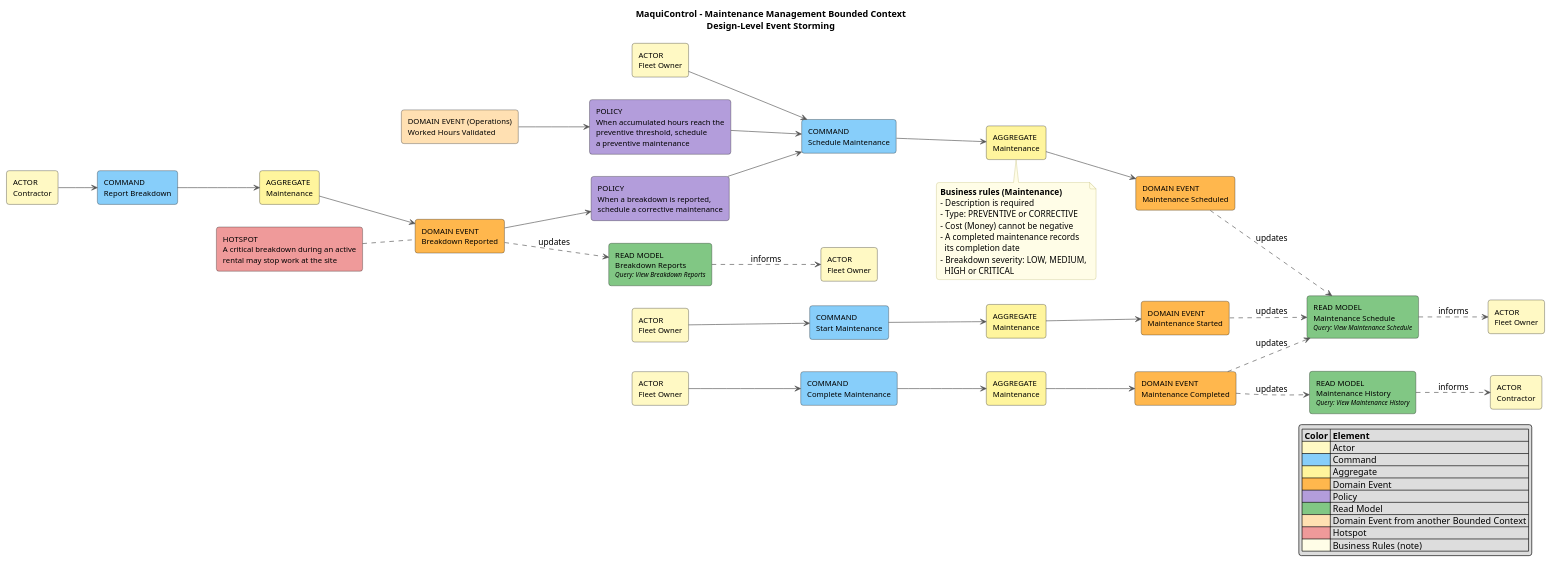
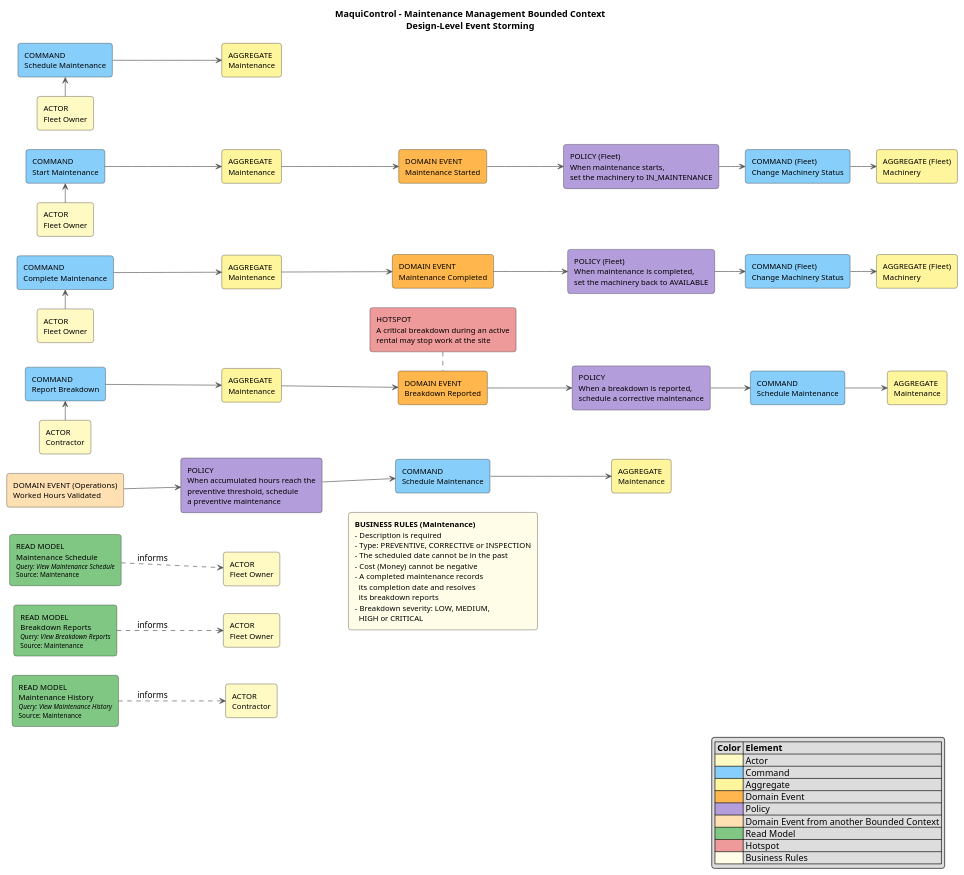
The diagram in docs/architecture/event-storming/maintenance-management-design-level.puml (upc-pre-202620-1asi0729-7750-heavytech/maquicontrol-report), drawn with PlantUML before and after one commit. The commit also changed 17 other files, not shown here.

Commit message:
docs(event-storming): redraw diagrams as horizontal timelines with policy chains

```diff
--- a/docs/architecture/event-storming/maintenance-management-design-level.puml
+++ b/docs/architecture/event-storming/maintenance-management-design-level.puml
@@ -1,94 +1,101 @@
 @startuml
 title MaquiControl - Maintenance Management Bounded Context\nDesign-Level Event Storming
 
 left to right direction
 skinparam shadowing false
 skinparam roundcorner 8
 skinparam defaultFontName Arial
 skinparam rectangleFontSize 12
-skinparam noteBackgroundColor #FFFDE7
+skinparam ArrowColor #555555
 skinparam noteBorderColor #BDB76B
-skinparam ArrowColor #555555
+skinparam nodesep 30
+skinparam ranksep 40
 
-' ===== Actor -> Command -> Aggregate -> Domain Event =====
-rectangle "COMMAND\nSchedule Maintenance" as CMD_SCHEDULE_MAINTENANCE #87CEFA
-rectangle "AGGREGATE\nMaintenance" as AGG_MAINTENANCE_0 #FFF59D
-rectangle "DOMAIN EVENT\nMaintenance Scheduled" as EVT_MAINTENANCE_SCHEDULED #FFB74D
-rectangle "ACTOR\nFleet Owner" as ACT_FLEET_OWNER_0 #FFF9C4
-rectangle "COMMAND\nStart Maintenance" as CMD_START_MAINTENANCE #87CEFA
-rectangle "AGGREGATE\nMaintenance" as AGG_MAINTENANCE_1 #FFF59D
-rectangle "DOMAIN EVENT\nMaintenance Started" as EVT_MAINTENANCE_STARTED #FFB74D
-rectangle "ACTOR\nFleet Owner" as ACT_FLEET_OWNER_1 #FFF9C4
-rectangle "COMMAND\nComplete Maintenance" as CMD_COMPLETE_MAINTENANCE #87CEFA
-rectangle "AGGREGATE\nMaintenance" as AGG_MAINTENANCE_2 #FFF59D
-rectangle "DOMAIN EVENT\nMaintenance Completed" as EVT_MAINTENANCE_COMPLETED #FFB74D
-rectangle "ACTOR\nFleet Owner" as ACT_FLEET_OWNER_2 #FFF9C4
-rectangle "COMMAND\nReport Breakdown" as CMD_REPORT_BREAKDOWN #87CEFA
-rectangle "AGGREGATE\nMaintenance" as AGG_MAINTENANCE_3 #FFF59D
-rectangle "DOMAIN EVENT\nBreakdown Reported" as EVT_BREAKDOWN_REPORTED #FFB74D
-rectangle "ACTOR\nContractor" as ACT_CONTRACTOR_3 #FFF9C4
+rectangle "COMMAND\nSchedule Maintenance" as CMD_1 #87CEFA
+rectangle "ACTOR\nFleet Owner" as ACT_2 #FFF9C4
+ACT_2 -left-> CMD_1
+rectangle "AGGREGATE\nMaintenance" as AGG_3 #FFF59D
+CMD_1 --> AGG_3
+rectangle "COMMAND\nStart Maintenance" as CMD_4 #87CEFA
+rectangle "ACTOR\nFleet Owner" as ACT_5 #FFF9C4
+ACT_5 -left-> CMD_4
+rectangle "AGGREGATE\nMaintenance" as AGG_6 #FFF59D
+CMD_4 --> AGG_6
+rectangle "DOMAIN EVENT\nMaintenance Started" as EVT_7 #FFB74D
+AGG_6 --> EVT_7
+rectangle "POLICY (Fleet)\nWhen maintenance starts,\nset the machinery to IN_MAINTENANCE" as POL_8 #B39DDB
+EVT_7 --> POL_8
+rectangle "COMMAND (Fleet)\nChange Machinery Status" as CMD_9 #87CEFA
+POL_8 --> CMD_9
+rectangle "AGGREGATE (Fleet)\nMachinery" as AGG_10 #FFF59D
+CMD_9 --> AGG_10
+rectangle "COMMAND\nComplete Maintenance" as CMD_11 #87CEFA
+rectangle "ACTOR\nFleet Owner" as ACT_12 #FFF9C4
+ACT_12 -left-> CMD_11
+rectangle "AGGREGATE\nMaintenance" as AGG_13 #FFF59D
+CMD_11 --> AGG_13
+rectangle "DOMAIN EVENT\nMaintenance Completed" as EVT_14 #FFB74D
+AGG_13 --> EVT_14
+rectangle "POLICY (Fleet)\nWhen maintenance is completed,\nset the machinery back to AVAILABLE" as POL_15 #B39DDB
+EVT_14 --> POL_15
+rectangle "COMMAND (Fleet)\nChange Machinery Status" as CMD_16 #87CEFA
+POL_15 --> CMD_16
+rectangle "AGGREGATE (Fleet)\nMachinery" as AGG_17 #FFF59D
+CMD_16 --> AGG_17
+rectangle "COMMAND\nReport Breakdown" as CMD_18 #87CEFA
+rectangle "ACTOR\nContractor" as ACT_19 #FFF9C4
+ACT_19 -left-> CMD_18
+rectangle "AGGREGATE\nMaintenance" as AGG_20 #FFF59D
+CMD_18 --> AGG_20
+rectangle "DOMAIN EVENT\nBreakdown Reported" as EVT_21 #FFB74D
+AGG_20 --> EVT_21
+rectangle "POLICY\nWhen a breakdown is reported,\nschedule a corrective maintenance" as POL_22 #B39DDB
+EVT_21 --> POL_22
+rectangle "COMMAND\nSchedule Maintenance" as CMD_23 #87CEFA
+POL_22 --> CMD_23
+rectangle "AGGREGATE\nMaintenance" as AGG_24 #FFF59D
+CMD_23 --> AGG_24
+rectangle "HOTSPOT\nA critical breakdown during an active\nrental may stop work at the site" as HOT_25 #EF9A9A
+HOT_25 .right. EVT_21
+rectangle "DOMAIN EVENT (Operations)\nWorked Hours Validated" as XEVT_26 #FFE0B2
+rectangle "POLICY\nWhen accumulated hours reach the\npreventive threshold, schedule\na preventive maintenance" as POL_27 #B39DDB
+XEVT_26 --> POL_27
+rectangle "COMMAND\nSchedule Maintenance" as CMD_28 #87CEFA
+POL_27 --> CMD_28
+rectangle "AGGREGATE\nMaintenance" as AGG_29 #FFF59D
+CMD_28 --> AGG_29
+rectangle "<b>BUSINESS RULES (Maintenance)</b>\n- Description is required\n- Type: PREVENTIVE, CORRECTIVE or INSPECTION\n- The scheduled date cannot be in the past\n- Cost (Money) cannot be negative\n- A completed maintenance records\n  its completion date and resolves\n  its breakdown reports\n- Breakdown severity: LOW, MEDIUM,\n  HIGH or CRITICAL" as BR_30 #FFFDE7
+rectangle "READ MODEL\nMaintenance Schedule\n<size:10><i>Query: View Maintenance Schedule</i></size>\n<size:10>Source: Maintenance</size>" as RM_31 #81C784
+rectangle "ACTOR\nFleet Owner" as ACT_32 #FFF9C4
+RM_31 ..> ACT_32 : informs
+rectangle "READ MODEL\nBreakdown Reports\n<size:10><i>Query: View Breakdown Reports</i></size>\n<size:10>Source: Maintenance</size>" as RM_33 #81C784
+rectangle "ACTOR\nFleet Owner" as ACT_34 #FFF9C4
+RM_33 ..> ACT_34 : informs
+rectangle "READ MODEL\nMaintenance History\n<size:10><i>Query: View Maintenance History</i></size>\n<size:10>Source: Maintenance</size>" as RM_35 #81C784
+rectangle "ACTOR\nContractor" as ACT_36 #FFF9C4
+RM_35 ..> ACT_36 : informs
 
-' ===== Policies =====
-rectangle "POLICY\nWhen a breakdown is reported,\nschedule a corrective maintenance" as POL_0 #B39DDB
-rectangle "DOMAIN EVENT (Operations)\nWorked Hours Validated" as XEVT_WORKED_HOURS_VALIDATED #FFE0B2
-rectangle "POLICY\nWhen accumulated hours reach the\npreventive threshold, schedule\na preventive maintenance" as POL_1 #B39DDB
-
-' ===== Read Models =====
-rectangle "READ MODEL\nMaintenance Schedule\n<size:10><i>Query: View Maintenance Schedule</i></size>" as RM_0 #81C784
-rectangle "ACTOR\nFleet Owner" as ACT_RM_0 #FFF9C4
-rectangle "READ MODEL\nBreakdown Reports\n<size:10><i>Query: View Breakdown Reports</i></size>" as RM_1 #81C784
-rectangle "ACTOR\nFleet Owner" as ACT_RM_1 #FFF9C4
-rectangle "READ MODEL\nMaintenance History\n<size:10><i>Query: View Maintenance History</i></size>" as RM_2 #81C784
-rectangle "ACTOR\nContractor" as ACT_RM_2 #FFF9C4
-rectangle "HOTSPOT\nA critical breakdown during an active\nrental may stop work at the site" as HOT_0 #EF9A9A
-
-ACT_FLEET_OWNER_0 --> CMD_SCHEDULE_MAINTENANCE
-CMD_SCHEDULE_MAINTENANCE --> AGG_MAINTENANCE_0
-AGG_MAINTENANCE_0 --> EVT_MAINTENANCE_SCHEDULED
-note bottom of AGG_MAINTENANCE_0
-<b>Business rules (Maintenance)</b>
-- Description is required
-- Type: PREVENTIVE or CORRECTIVE
-- Cost (Money) cannot be negative
-- A completed maintenance records
-  its completion date
-- Breakdown severity: LOW, MEDIUM,
-  HIGH or CRITICAL
-end note
-ACT_FLEET_OWNER_1 --> CMD_START_MAINTENANCE
-CMD_START_MAINTENANCE --> AGG_MAINTENANCE_1
-AGG_MAINTENANCE_1 --> EVT_MAINTENANCE_STARTED
-ACT_FLEET_OWNER_2 --> CMD_COMPLETE_MAINTENANCE
-CMD_COMPLETE_MAINTENANCE --> AGG_MAINTENANCE_2
-AGG_MAINTENANCE_2 --> EVT_MAINTENANCE_COMPLETED
-ACT_CONTRACTOR_3 --> CMD_REPORT_BREAKDOWN
-CMD_REPORT_BREAKDOWN --> AGG_MAINTENANCE_3
-AGG_MAINTENANCE_3 --> EVT_BREAKDOWN_REPORTED
-EVT_BREAKDOWN_REPORTED --> POL_0
-POL_0 --> CMD_SCHEDULE_MAINTENANCE
-XEVT_WORKED_HOURS_VALIDATED --> POL_1
-POL_1 --> CMD_SCHEDULE_MAINTENANCE
-EVT_MAINTENANCE_SCHEDULED ..> RM_0 : updates
-EVT_MAINTENANCE_STARTED ..> RM_0 : updates
-EVT_MAINTENANCE_COMPLETED ..> RM_0 : updates
-RM_0 ..> ACT_RM_0 : informs
-EVT_BREAKDOWN_REPORTED ..> RM_1 : updates
-RM_1 ..> ACT_RM_1 : informs
-EVT_MAINTENANCE_COMPLETED ..> RM_2 : updates
-RM_2 ..> ACT_RM_2 : informs
-HOT_0 .. EVT_BREAKDOWN_REPORTED
+' Flows are stacked from top to bottom; each one reads left to right
+CMD_4 -[hidden]left-> CMD_1
+CMD_11 -[hidden]left-> CMD_4
+CMD_18 -[hidden]left-> CMD_11
+XEVT_26 -[hidden]left-> CMD_18
+RM_31 -[hidden]left-> XEVT_26
+RM_33 -[hidden]left-> RM_31
+RM_35 -[hidden]left-> RM_33
+ACT_32 -[hidden]-> BR_30
 
 legend right
 |= Color |= Element |
 |<#FFF9C4>| Actor |
 |<#87CEFA>| Command |
 |<#FFF59D>| Aggregate |
 |<#FFB74D>| Domain Event |
 |<#B39DDB>| Policy |
+|<#FFE0B2>| Domain Event from another Bounded Context |
 |<#81C784>| Read Model |
-|<#FFE0B2>| Domain Event from another Bounded Context |
 |<#EF9A9A>| Hotspot |
-|<#FFFDE7>| Business Rules (note) |
+|<#FFFDE7>| Business Rules |
 endlegend
 
 @enduml
```
